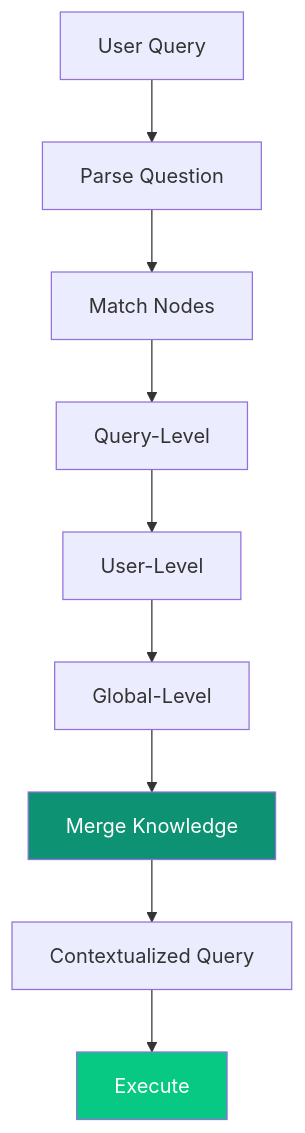
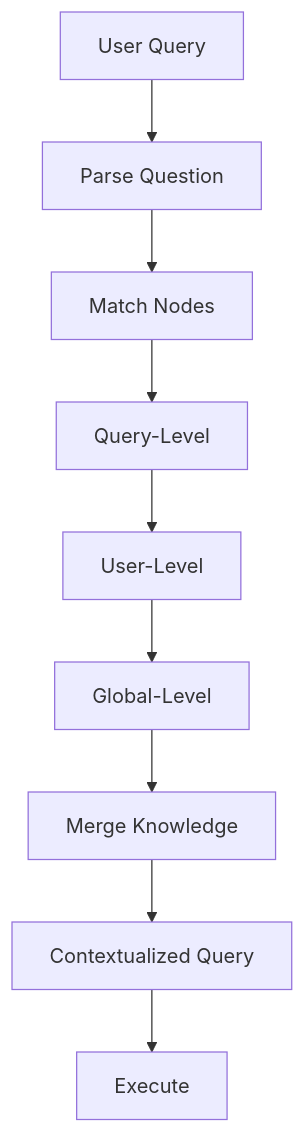
One commit to ashishsuperatom/tech-docs changed the sixth of 6 diagrams in ip/tribal-knowledge.mdx. Above: the diagram before and after it, drawn with Mermaid. The commit also changed other lines of this file and 37 other files, not shown here.

First line of the commit message:
Clean up docs: remove em-dashes, fix mermaid diagrams, remove emojis

````diff
--- a/ip/tribal-knowledge.mdx
+++ b/ip/tribal-knowledge.mdx
@@ -237,9 +230,7 @@
 ```mermaid
 flowchart TD
     Q["User Query"] --> PARSE["Parse Question"] --> MATCH["Match Nodes"]
     MATCH --> M1["Query-Level"] --> M2["User-Level"] --> M3["Global-Level"]
     M3 --> MERGE["Merge Knowledge"] --> CONTEXT["Contextualized Query"] --> EXECUTE["Execute"]
 
-    style MERGE fill:#0D9373,color:#fff
-    style EXECUTE fill:#07C983,color:#fff
 ```
````
